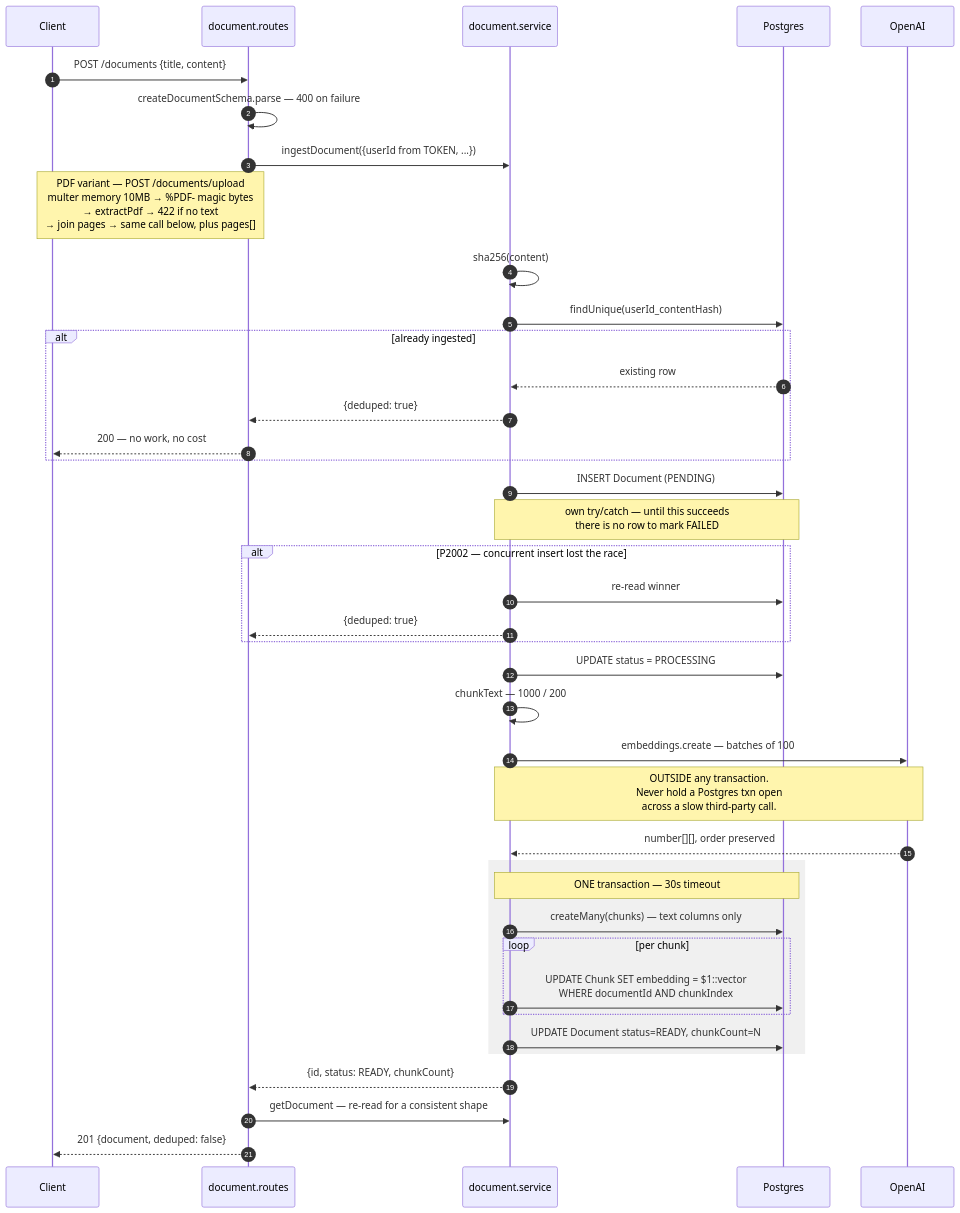
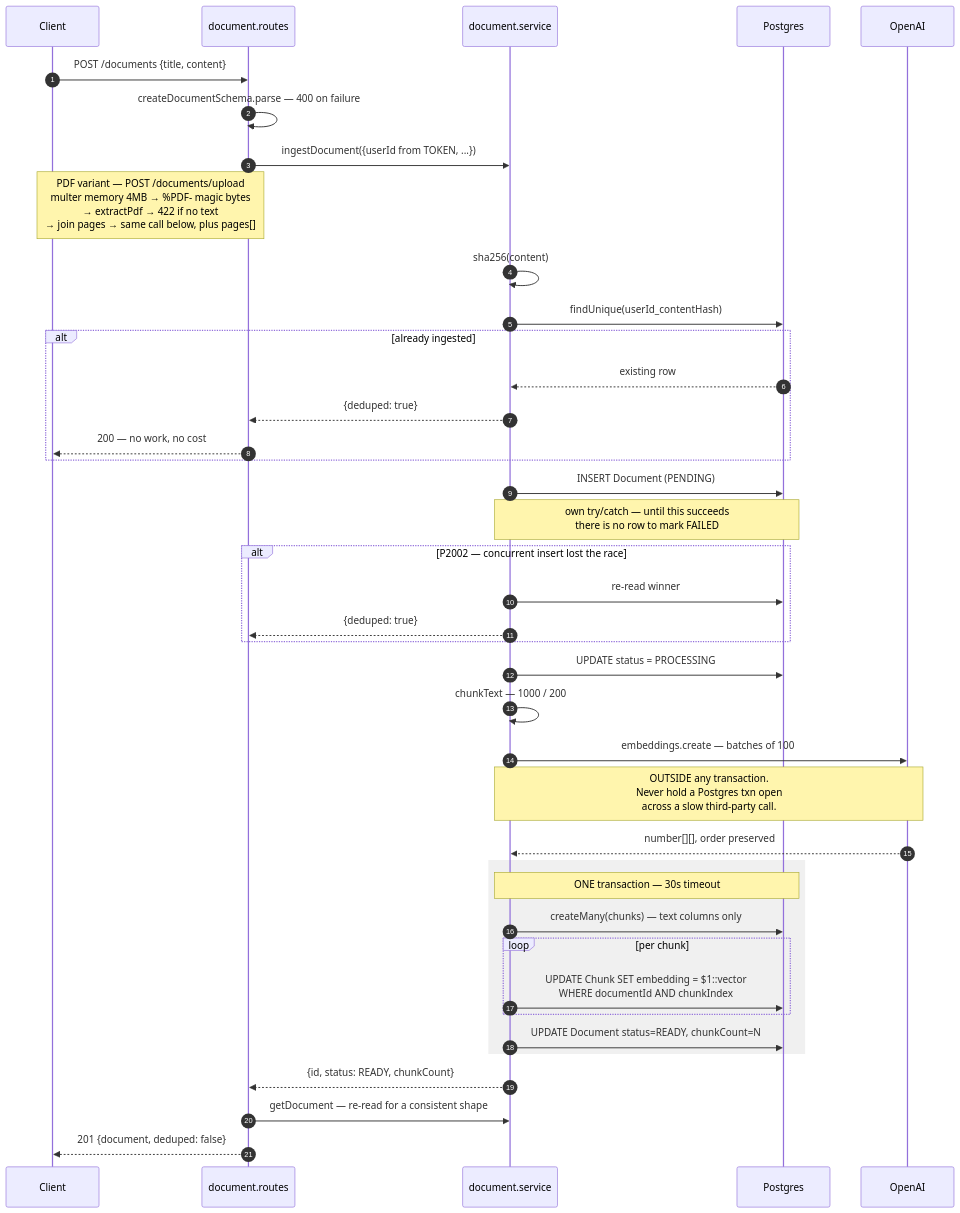
The fourth of 6 diagrams in docs/lld.md (AbhishekSatyam96/rag-assistant), drawn with Mermaid before and after one commit. The commit also changed other lines of this file and 10 other files, not shown here.

````diff
--- a/docs/lld.md
+++ b/docs/lld.md
@@ -214,49 +214,49 @@
 ```mermaid
 sequenceDiagram
     autonumber
     participant C as Client
     participant R as document.routes
     participant S as document.service
     participant DB as Postgres
     participant AI as OpenAI
 
     C->>R: POST /documents {title, content}
     R->>R: createDocumentSchema.parse — 400 on failure
     R->>S: ingestDocument({userId from TOKEN, ...})
 
-    Note over C,R: PDF variant — POST /documents/upload<br/>multer memory 10MB → %PDF- magic bytes<br/>→ extractPdf → 422 if no text<br/>→ join pages → same call below, plus pages[]
+    Note over C,R: PDF variant — POST /documents/upload<br/>multer memory 4MB → %PDF- magic bytes<br/>→ extractPdf → 422 if no text<br/>→ join pages → same call below, plus pages[]
 
     S->>S: sha256(content)
     S->>DB: findUnique(userId_contentHash)
     alt already ingested
         DB-->>S: existing row
         S-->>R: {deduped: true}
         R-->>C: 200 — no work, no cost
     end
 
     S->>DB: INSERT Document (PENDING)
     Note over S,DB: own try/catch — until this succeeds<br/>there is no row to mark FAILED
     alt P2002 — concurrent insert lost the race
         S->>DB: re-read winner
         S-->>R: {deduped: true}
     end
 
     S->>DB: UPDATE status = PROCESSING
     S->>S: chunkText — 1000 / 200
     S->>AI: embeddings.create — batches of 100
     Note over S,AI: OUTSIDE any transaction.<br/>Never hold a Postgres txn open<br/>across a slow third-party call.
     AI-->>S: number[][], order preserved
 
     rect rgb(240, 240, 240)
         Note over S,DB: ONE transaction — 30s timeout
         S->>DB: createMany(chunks) — text columns only
         loop per chunk
             S->>DB: UPDATE Chunk SET embedding = $1::vector<br/>WHERE documentId AND chunkIndex
         end
         S->>DB: UPDATE Document status=READY, chunkCount=N
     end
 
     S-->>R: {id, status: READY, chunkCount}
     R->>S: getDocument — re-read for a consistent shape
     R-->>C: 201 {document, deduped: false}
 ```
````
